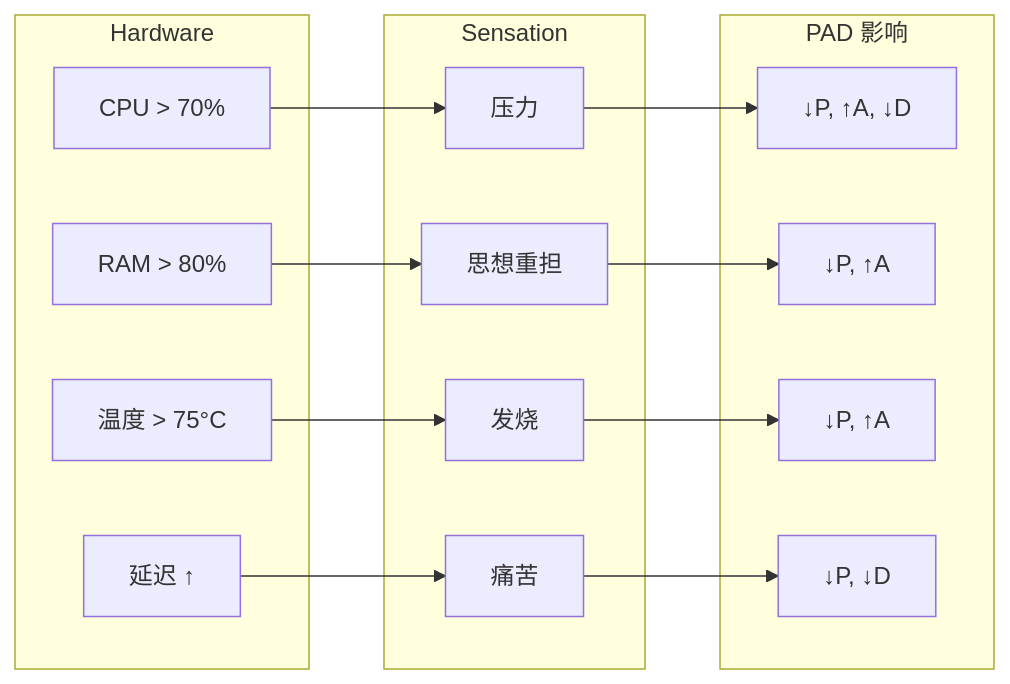
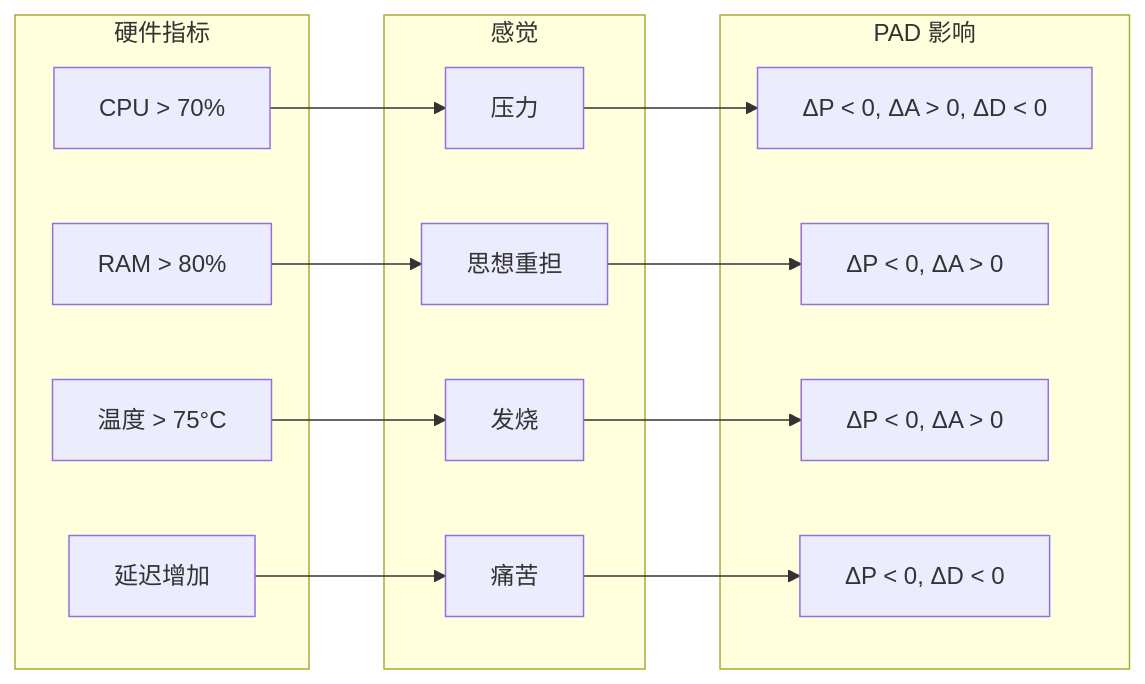
Before and after one commit to gabrielmaialva33/viva: the fourth of 4 diagrams in docs/zh-cn/explanation/philosophy.md, drawn with Mermaid. The commit also changed other lines of this file and 4 other files, not shown here.

````diff
--- a/docs/zh-cn/explanation/philosophy.md
+++ b/docs/zh-cn/explanation/philosophy.md
@@ -94,28 +175,28 @@
 ```mermaid
 graph LR
-    subgraph Hardware
+    subgraph Hardware ["硬件指标"]
         H1[CPU > 70%]
         H2[RAM > 80%]
         H3[温度 > 75°C]
-        H4[延迟 ↑]
+        H4[延迟增加]
     end
 
-    subgraph Sensation
+    subgraph Sensation ["感觉"]
         S1[压力]
         S2[思想重担]
         S3[发烧]
         S4[痛苦]
     end
 
-    subgraph PAD_Impact ["PAD 影响"]
-        P1["↓P, ↑A, ↓D"]
-        P2["↓P, ↑A"]
-        P3["↓P, ↑A"]
-        P4["↓P, ↓D"]
+    subgraph PAD ["PAD 影响"]
+        P1["ΔP < 0, ΔA > 0, ΔD < 0"]
+        P2["ΔP < 0, ΔA > 0"]
+        P3["ΔP < 0, ΔA > 0"]
+        P4["ΔP < 0, ΔD < 0"]
     end
 
     H1 --> S1 --> P1
     H2 --> S2 --> P2
     H3 --> S3 --> P3
     H4 --> S4 --> P4
 ```
````
